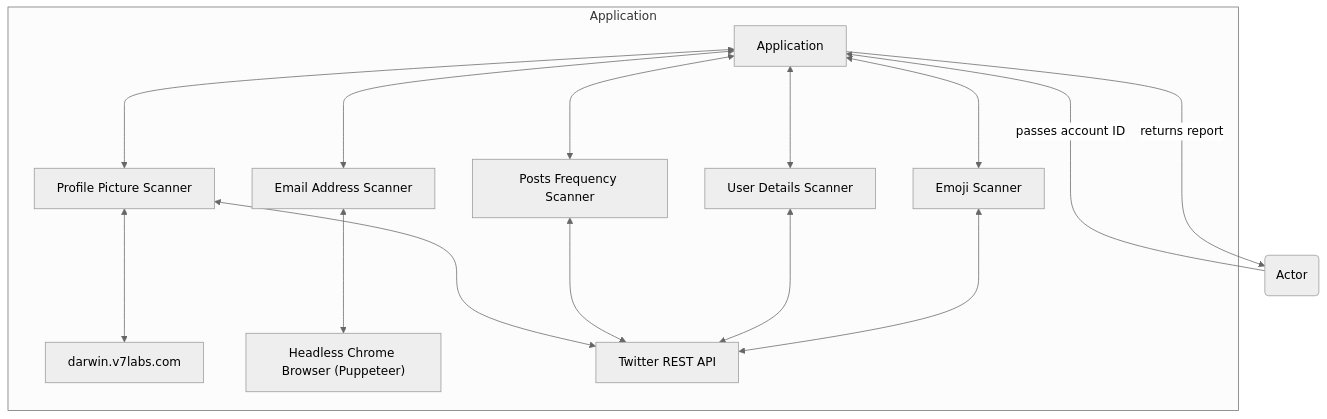
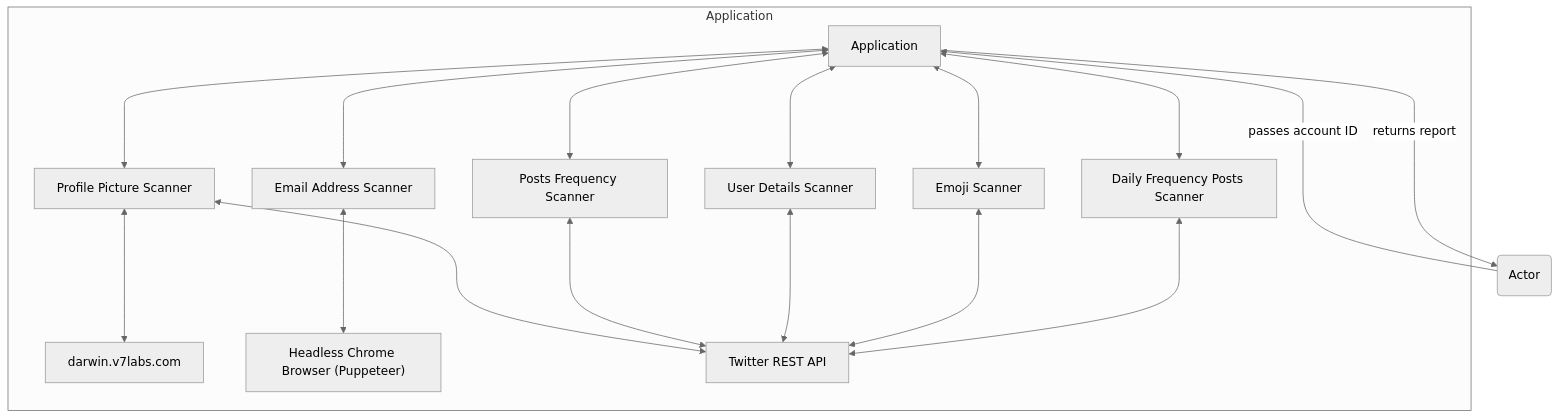
Before and after one commit to elszczepano/master-thesis-automation: the diagram in README.md, drawn with Mermaid (neutral theme).

Commit message:
Update app diagram

````diff
--- a/README.md
+++ b/README.md
@@ -24,18 +24,20 @@
 ```mermaid
 flowchart BT
     A(Actor) -- passes account ID ----> B[Application]
     B -- returns report --> A
     subgraph Application
         C[Profile Picture Scanner] <---> B
         E[Posts Frequency Scanner] <---> B
         F[User Details Scanner] <---> B
         G[Emoji Scanner] <---> B
+        K[Daily Frequency Posts Scanner]  <---> B
         D[Email Address Scanner] <---> B
         H[darwin.v7labs.com] <---> C
         I["Headless Chrome Browser (Puppeteer)"] <---> D
         J[Twitter REST API] <---> C
         J[Twitter REST API] <---> E
         J[Twitter REST API] <---> F
         J[Twitter REST API] <---> G
+        J[Twitter REST API] <---> K
     end
 ```
````
